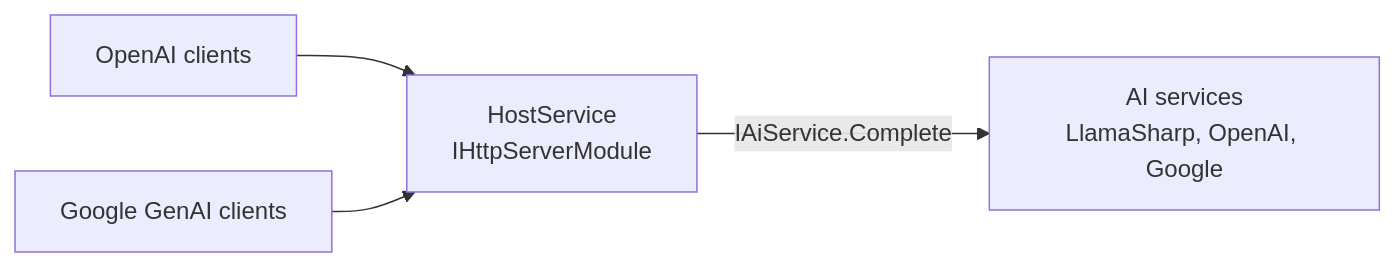
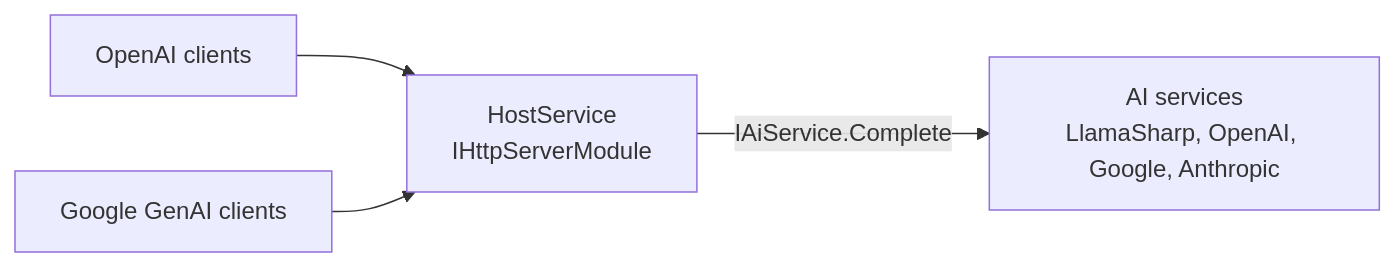
One commit to dosh1974/SysWeaver changed the diagram in SysWeaver.AI.HostService/README.md. Above: the diagram before and after it, drawn with Mermaid. The commit also changed other lines of this file and 324 other files, not shown here.

````diff
--- a/SysWeaver.AI.HostService/README.md
+++ b/SysWeaver.AI.HostService/README.md
@@ -18,6 +18,6 @@
 ```mermaid
 flowchart LR
   OC["OpenAI clients"] --> H["HostService<br/>IHttpServerModule"]
   GC["Google GenAI clients"] --> H
-  H -- "IAiService.Complete" --> A["AI services<br/>LlamaSharp, OpenAI, Google"]
+  H -- "IAiService.Complete" --> A["AI services<br/>LlamaSharp, OpenAI, Google, Anthropic"]
 ```
````
